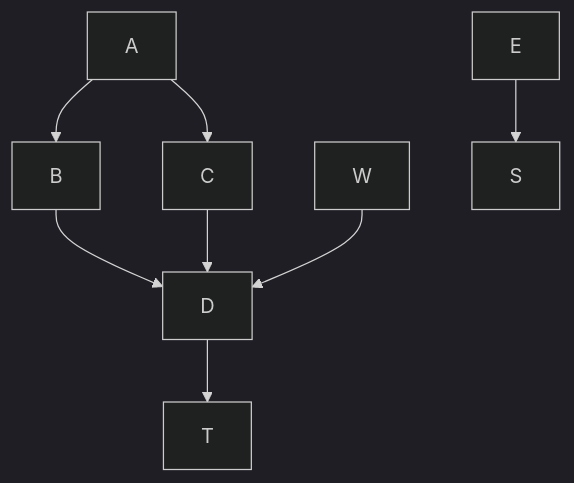
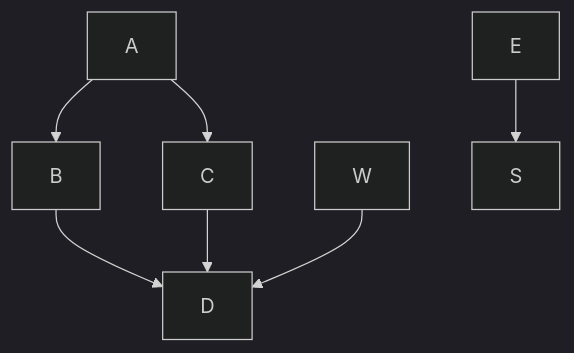
The diagram in README.md (avergnaud/wiki-mermaid), drawn with Mermaid (dark theme) before and after one commit.

Commit message:
graphe mermaid - exemple

````diff
--- a/README.md
+++ b/README.md
@@ -5,10 +5,9 @@
 ```mermaid
 graph TD;
     A-->B;
     A-->C;
     B-->D;
     C-->D;
     W-->D;
     E-->S;
-    D-->T;
 ```
````
